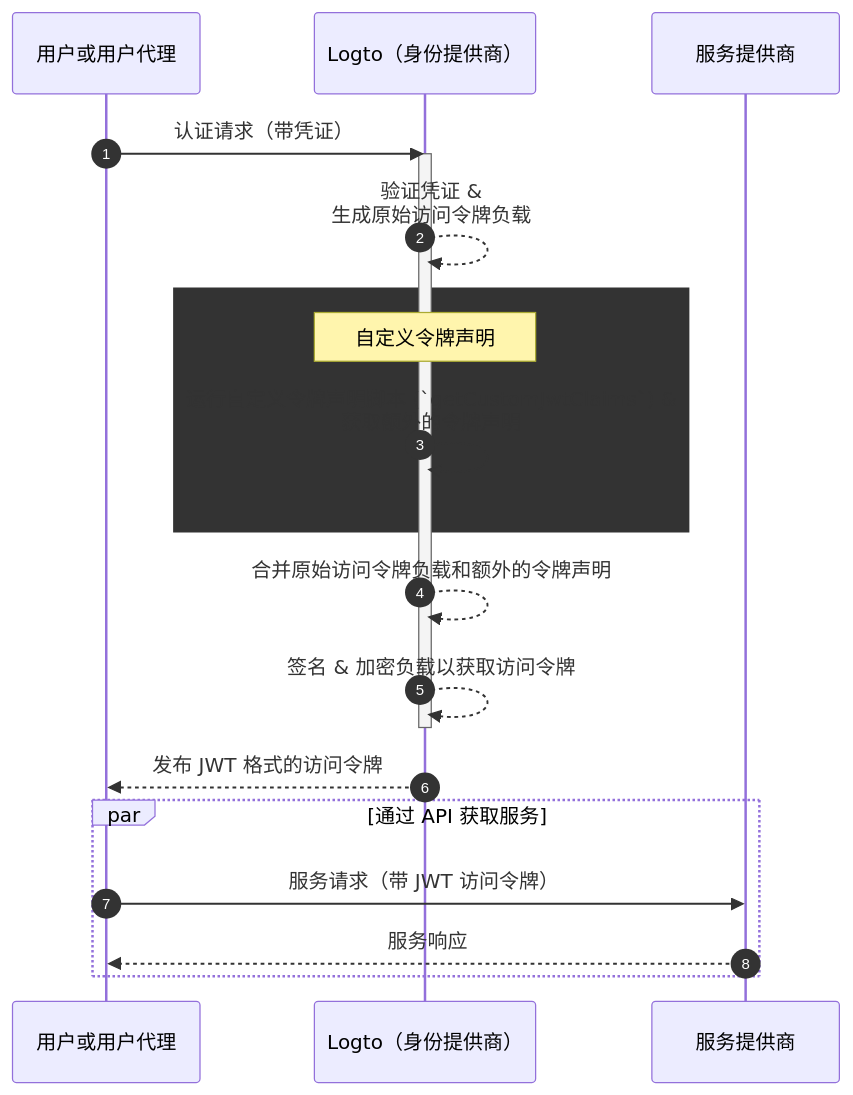
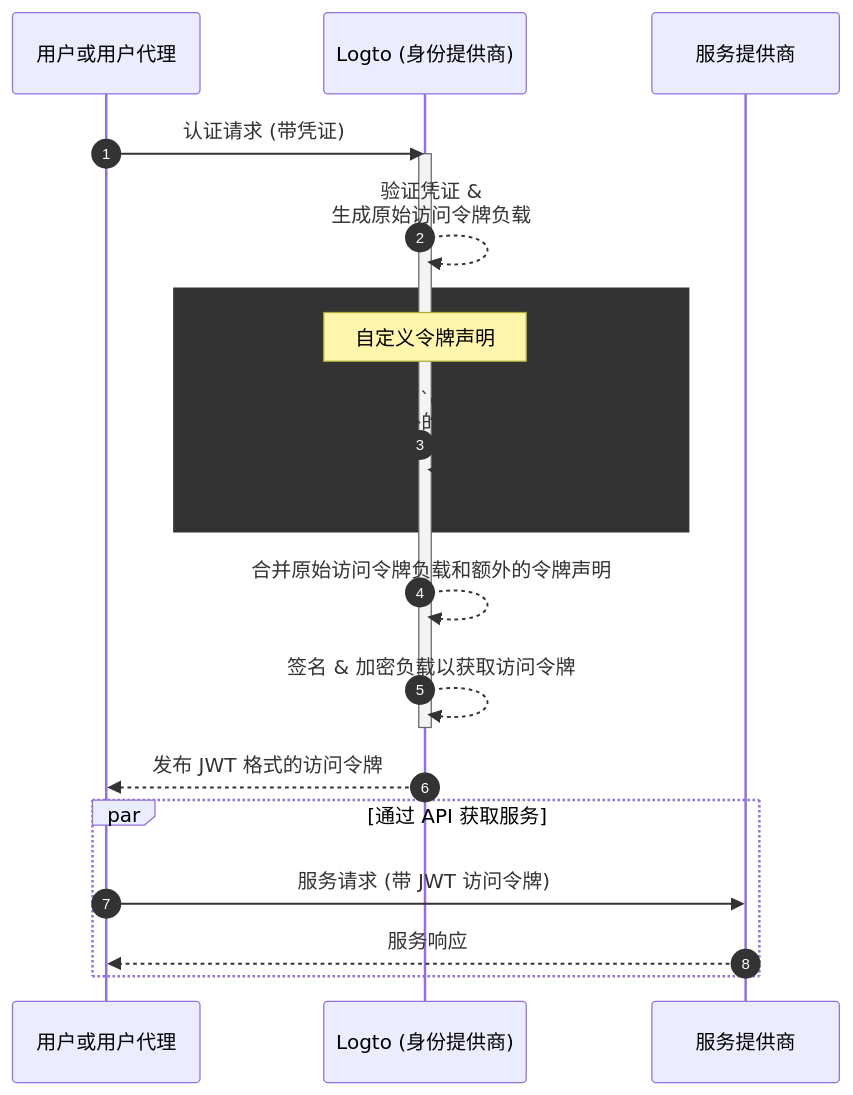
The diagram in i18n/zh-CN/docusaurus-plugin-content-docs/current/developers/custom-token-claims/README.mdx (logto-io/docs), drawn with Mermaid before and after one commit. The commit also changed other lines of this file and 407 other files, not shown here.

````diff
--- a/i18n/zh-CN/docusaurus-plugin-content-docs/current/developers/custom-token-claims/README.mdx
+++ b/i18n/zh-CN/docusaurus-plugin-content-docs/current/developers/custom-token-claims/README.mdx
@@ -24,23 +26,23 @@
 ```mermaid
 sequenceDiagram
   participant U as 用户或用户代理
-  participant IdP as Logto（身份提供商）
+  participant IdP as Logto (身份提供商)
   participant SP as 服务提供商
 
   autonumber
-  U ->> IdP: 认证请求（带凭证）
+  U ->> IdP: 认证请求 (带凭证)
   activate IdP
   IdP-->>IdP: 验证凭证 &<br/>生成原始访问令牌负载
   rect var(--mermaid-rect-fill)
   note over IdP: 自定义令牌声明
   IdP->>IdP: 运行自定义令牌声明脚本 (`getCustomJwtClaims`) &<br/>获取额外的令牌声明
   end
   IdP-->>IdP: 合并原始访问令牌负载和额外的令牌声明
   IdP-->>IdP: 签名 & 加密负载以获取访问令牌
   deactivate IdP
   IdP-->>U: 发布 JWT 格式的访问令牌
   par 通过 API 获取服务
-  U->>SP: 服务请求（带 JWT 访问令牌）
+  U->>SP: 服务请求 (带 JWT 访问令牌)
   SP-->>U: 服务响应
   end
 ```
````
